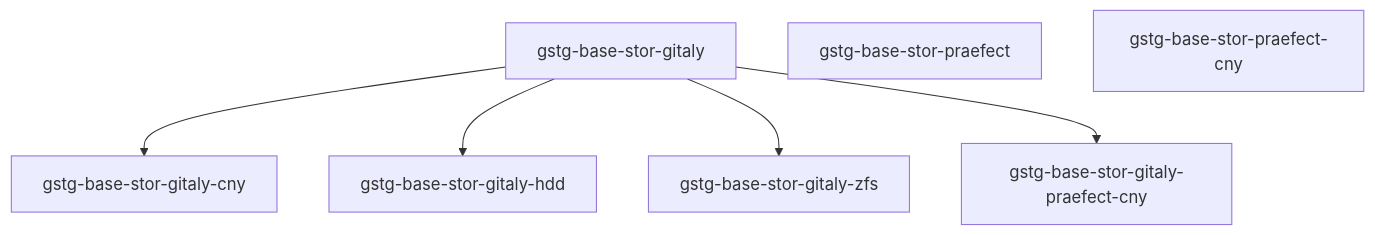
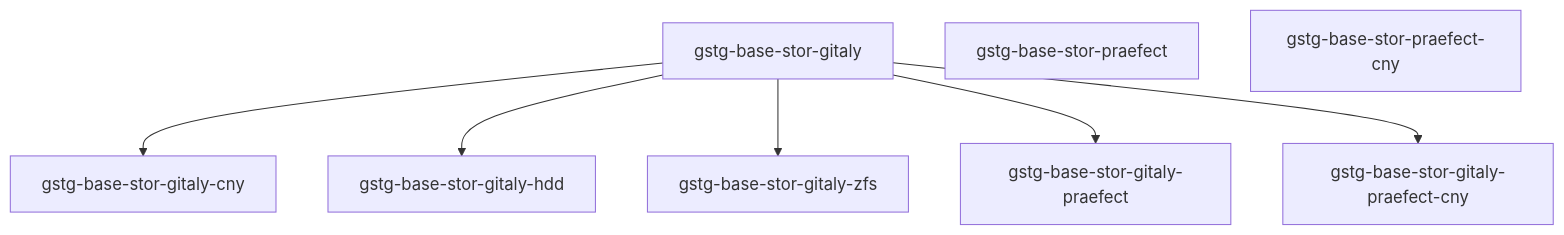
Before and after one commit to mattrussi/gitlab-com-runbooks: the second of 2 diagrams in docs/gitaly/README.md, drawn with Mermaid. The commit also changed other lines of this file, not shown here.

Commit message:
Update Gitaly staging Chef roles
Related to https://gitlab.com/gitlab-com/gl-infra/reliability/-/issues/24129 and https://gitlab.com/gitlab-com/gl-infra/chef-repo/-/merge_requests/4080

````diff
--- a/docs/gitaly/README.md
+++ b/docs/gitaly/README.md
@@ -101,10 +101,11 @@
 ```mermaid
 graph TD
     gstg-base-stor-gitaly-->gstg-base-stor-gitaly-cny
     gstg-base-stor-gitaly-->gstg-base-stor-gitaly-hdd
     gstg-base-stor-gitaly-->gstg-base-stor-gitaly-zfs
+    gstg-base-stor-gitaly-->gstg-base-stor-gitaly-praefect
     gstg-base-stor-gitaly-->gstg-base-stor-gitaly-praefect-cny
 
     gstg-base-stor-praefect
     gstg-base-stor-praefect-cny
 ```
````
